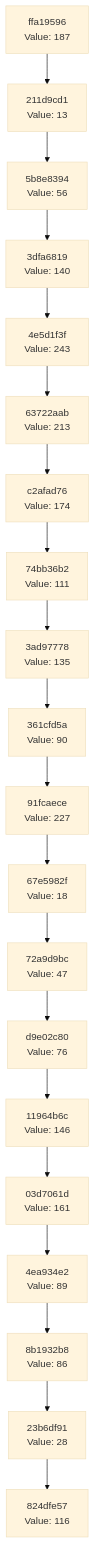
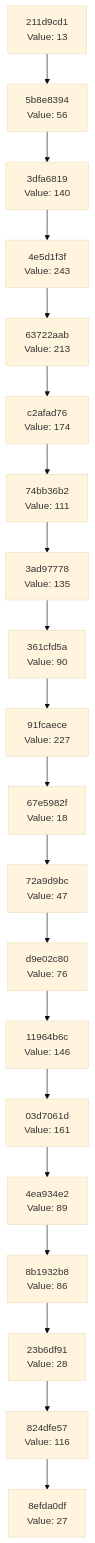
One commit to Abhisheksinha1506/hash-chain-evolver changed the diagram in docs/CHAIN_VISUALIZATION.md. Above: the diagram before and after it, drawn with Mermaid (base theme). The commit also changed 2 other files, not shown here.

Commit message:
Evolution step: hash 0x1B → action executed

````diff
--- a/docs/CHAIN_VISUALIZATION.md
+++ b/docs/CHAIN_VISUALIZATION.md
@@ -3,42 +3,42 @@
 ```mermaid
 graph TD
-    C0["824dfe57<br/>Value: 116"]
-    C1["23b6df91<br/>Value: 28"]
+    C0["8efda0df<br/>Value: 27"]
+    C1["824dfe57<br/>Value: 116"]
     C1 --> C0
-    C2["8b1932b8<br/>Value: 86"]
+    C2["23b6df91<br/>Value: 28"]
     C2 --> C1
-    C3["4ea934e2<br/>Value: 89"]
+    C3["8b1932b8<br/>Value: 86"]
     C3 --> C2
-    C4["03d7061d<br/>Value: 161"]
+    C4["4ea934e2<br/>Value: 89"]
     C4 --> C3
-    C5["11964b6c<br/>Value: 146"]
+    C5["03d7061d<br/>Value: 161"]
     C5 --> C4
-    C6["d9e02c80<br/>Value: 76"]
+    C6["11964b6c<br/>Value: 146"]
     C6 --> C5
-    C7["72a9d9bc<br/>Value: 47"]
+    C7["d9e02c80<br/>Value: 76"]
     C7 --> C6
-    C8["67e5982f<br/>Value: 18"]
+    C8["72a9d9bc<br/>Value: 47"]
     C8 --> C7
-    C9["91fcaece<br/>Value: 227"]
+    C9["67e5982f<br/>Value: 18"]
     C9 --> C8
-    C10["361cfd5a<br/>Value: 90"]
+    C10["91fcaece<br/>Value: 227"]
     C10 --> C9
-    C11["3ad97778<br/>Value: 135"]
+    C11["361cfd5a<br/>Value: 90"]
     C11 --> C10
-    C12["74bb36b2<br/>Value: 111"]
+    C12["3ad97778<br/>Value: 135"]
     C12 --> C11
-    C13["c2afad76<br/>Value: 174"]
+    C13["74bb36b2<br/>Value: 111"]
     C13 --> C12
-    C14["63722aab<br/>Value: 213"]
+    C14["c2afad76<br/>Value: 174"]
     C14 --> C13
-    C15["4e5d1f3f<br/>Value: 243"]
+    C15["63722aab<br/>Value: 213"]
     C15 --> C14
-    C16["3dfa6819<br/>Value: 140"]
+    C16["4e5d1f3f<br/>Value: 243"]
     C16 --> C15
-    C17["5b8e8394<br/>Value: 56"]
+    C17["3dfa6819<br/>Value: 140"]
     C17 --> C16
-    C18["211d9cd1<br/>Value: 13"]
+    C18["5b8e8394<br/>Value: 56"]
     C18 --> C17
-    C19["ffa19596<br/>Value: 187"]
+    C19["211d9cd1<br/>Value: 13"]
     C19 --> C18
 ```
````
